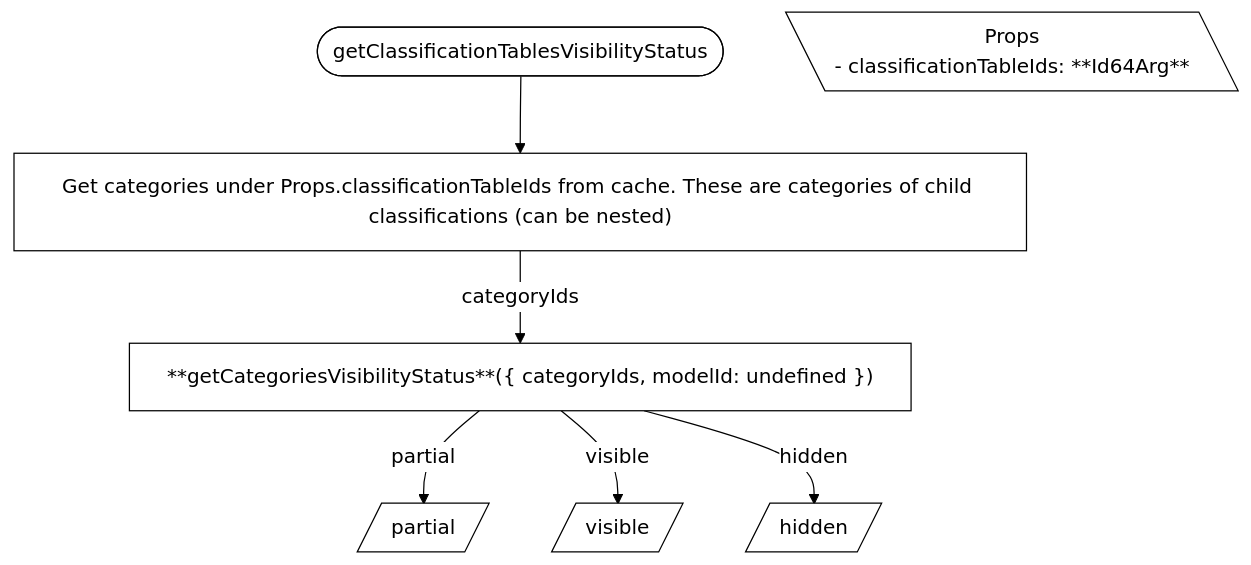
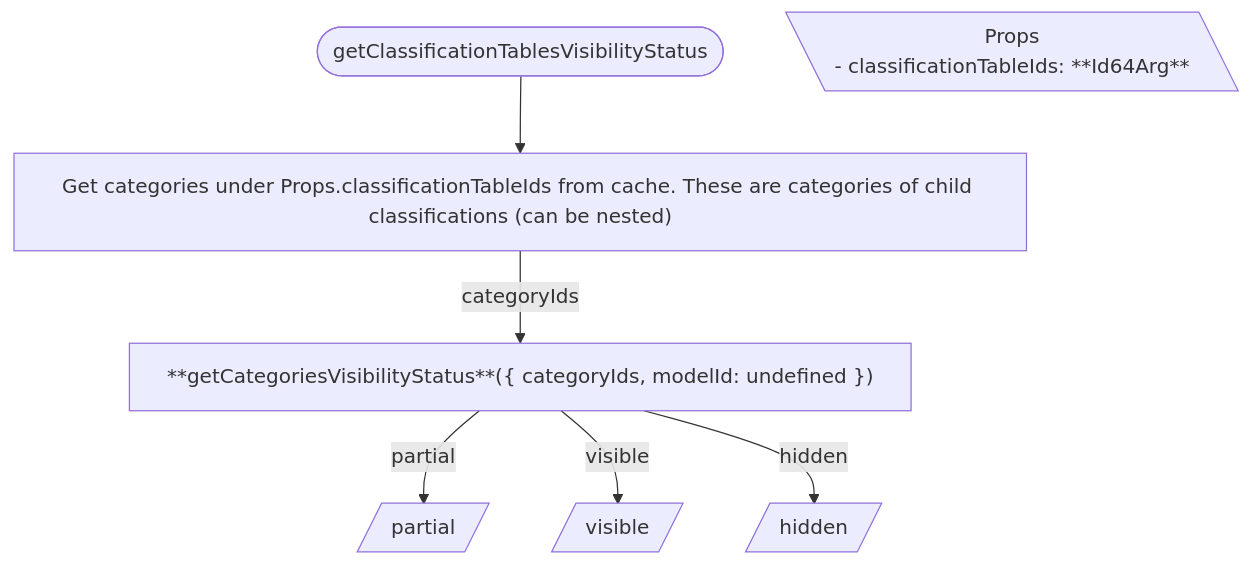
One commit to iTwin/viewer-components-react changed the second of 10 diagrams in packages/itwin/tree-widget/Visibility.md. Above: the diagram before and after it, drawn with Mermaid. The commit also changed other lines of this file, not shown here.

Commit message:
Remove white background #2

````diff
--- a/packages/itwin/tree-widget/Visibility.md
+++ b/packages/itwin/tree-widget/Visibility.md
@@ -104,38 +102,29 @@
 ```mermaid
 ---
 config:
-  theme: 'base'
-  darkMode: false
   flowchart:
     wrappingWidth: 750
     useMaxWidth: false
-  themeVariables:
-    primaryColor: '#ffffff'
-    primaryBorderColor: '#000000'
-    primaryTextColor: '#000000'
-    lineColor: '#000000'
-    secondaryColor: '#ffffff'
-    secondaryBorderColor: '#000000'
 ---
 
 flowchart TD
   R1[/partial/]
   R2[/visible/]
   R3[/hidden/]
 
 
   %% Start
   TITLE([getClassificationTablesVisibilityStatus]) --> A["Get categories under Props.classificationTableIds from cache. These are categories of child classifications (can be nested)"]
 
   PROPS[\"
     Props
     <div style='text-align: left;'>- classificationTableIds: **Id64Arg**</div>
   "\]
 
   A -- categoryIds --> B["**getCategoriesVisibilityStatus**({ categoryIds, modelId: undefined })"]
 
   %% Results
   B -- partial --> R1
   B -- visible --> R2
   B -- hidden --> R3
 ```
````
